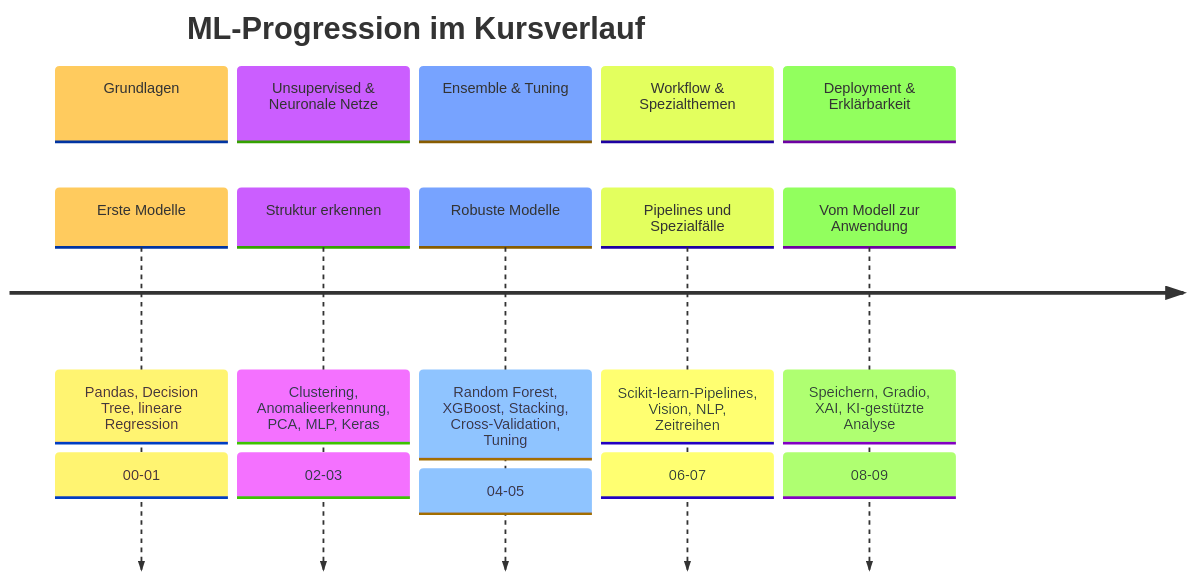
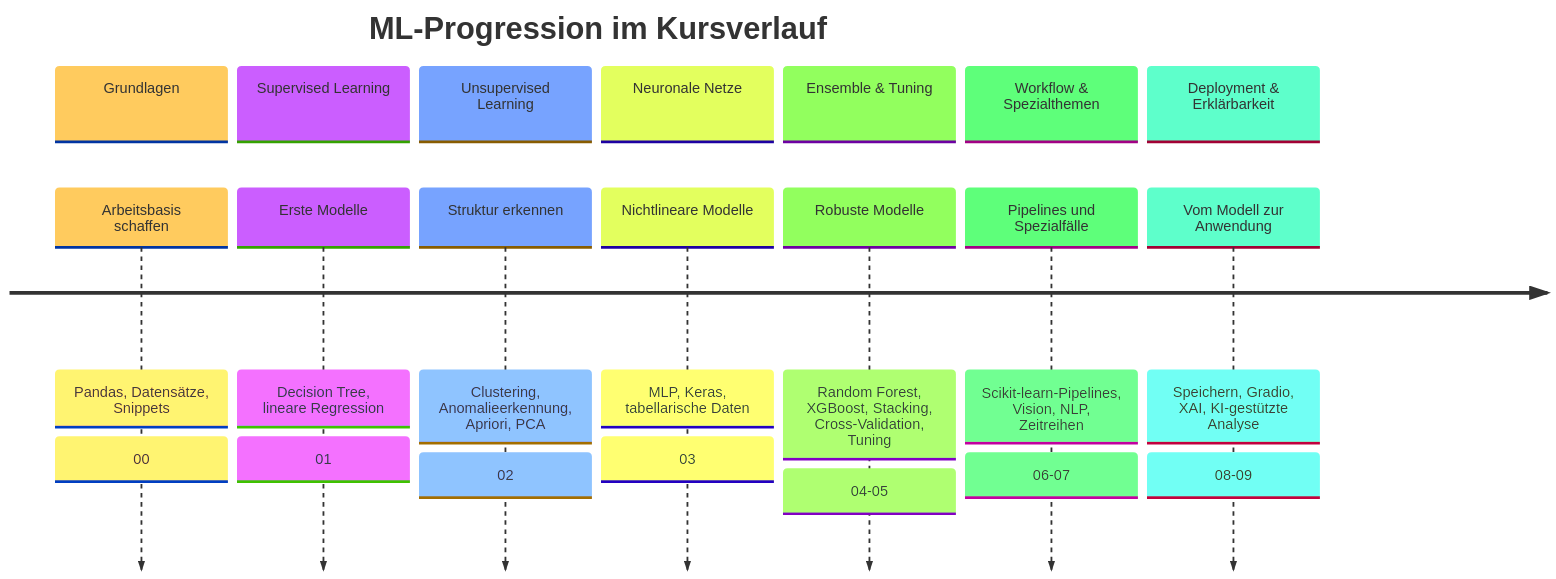
One commit to ralf-42/ML_Intro changed the diagram in docs/orientierung/kursueberblick.md. Above: the diagram before and after it, drawn with Mermaid. The commit also changed other lines of this file, not shown here.

````diff
--- a/docs/orientierung/kursueberblick.md
+++ b/docs/orientierung/kursueberblick.md
@@ -72,30 +74,36 @@
 ```mermaid
 %%{init: {
   'theme': 'base',
   'themeVariables': {
     'timelineLineColor': '#2e7d32',
     'sectionBkgColor': '#c8e6c9',
     'sectionTextColor': '#1b5e20',
     'containerBkgColor': '#f9f9f9',
     'taskBkgColor': '#e8f5e9',
     'taskTextColor': '#1b5e20'
   }
 }}%%
 timeline
     title ML-Progression im Kursverlauf
     section Grundlagen
-        Erste Modelle              : Pandas, Decision Tree, lineare Regression
-                                    : 00-01
-    section Unsupervised & Neuronale Netze
-        Struktur erkennen          : Clustering, Anomalieerkennung, PCA, MLP, Keras
-                                    : 02-03
+        Arbeitsbasis schaffen      : Pandas, Datensätze, Snippets
+                                    : 00
+    section Supervised Learning
+        Erste Modelle              : Decision Tree, lineare Regression
+                                    : 01
+    section Unsupervised Learning
+        Struktur erkennen          : Clustering, Anomalieerkennung, Apriori, PCA
+                                    : 02
+    section Neuronale Netze
+        Nichtlineare Modelle       : MLP, Keras, tabellarische Daten
+                                    : 03
     section Ensemble & Tuning
         Robuste Modelle            : Random Forest, XGBoost, Stacking, Cross-Validation, Tuning
                                     : 04-05
     section Workflow & Spezialthemen
         Pipelines und Spezialfälle : Scikit-learn-Pipelines, Vision, NLP, Zeitreihen
                                     : 06-07
     section Deployment & Erklärbarkeit
         Vom Modell zur Anwendung   : Speichern, Gradio, XAI, KI-gestützte Analyse
                                     : 08-09
 ```
````
